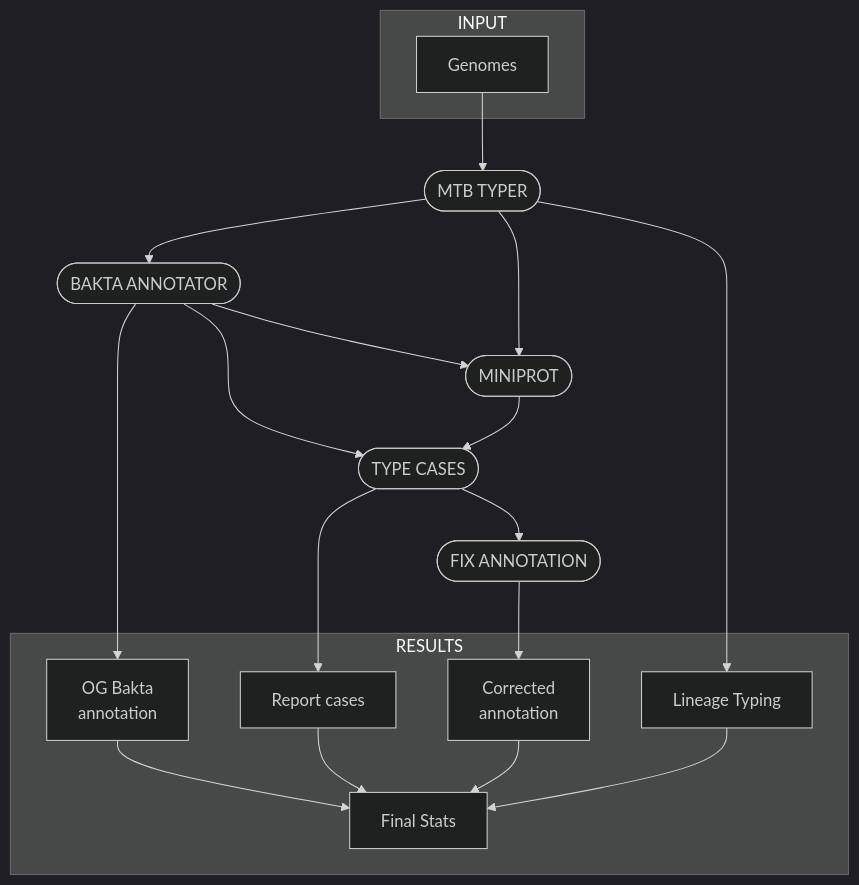
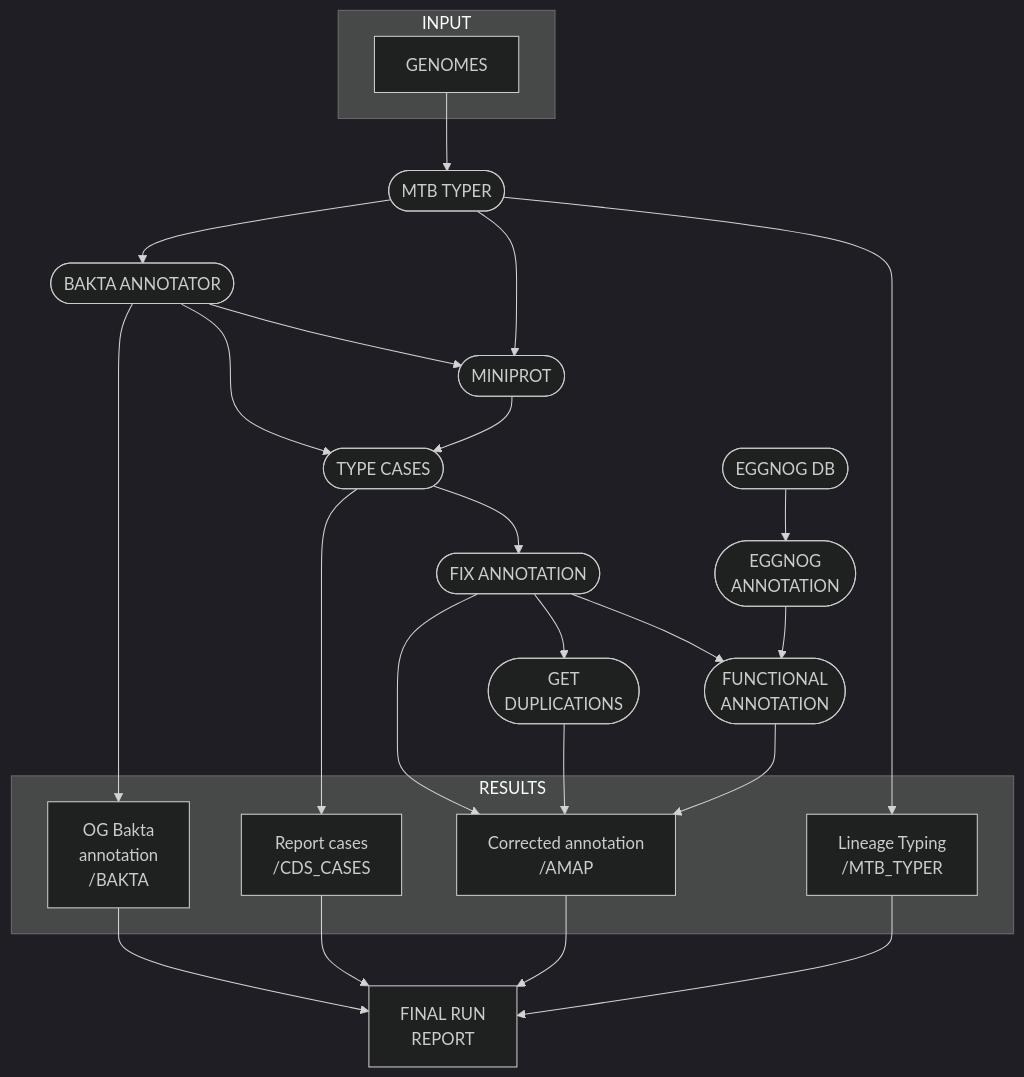
One commit to PathoGenOmics-Lab/AMAP changed the diagram in README.md. Above: the diagram before and after it, drawn with Mermaid.

Commit message:
update workflow

````diff
--- a/README.md
+++ b/README.md
@@ -71,36 +71,54 @@
 ```mermaid
 %%{init: { 'theme': 'dark' } }%%
 flowchart TB
     subgraph "INPUT"
-    v0["Genomes"]
+    v0["GENOMES"]
     end
     v3([MTB TYPER])
     v4([BAKTA ANNOTATOR])
     v6([MINIPROT])
     v8([TYPE CASES])
     v14([FIX ANNOTATION])
+    v20([GET 
+    DUPLICATIONS])
+    v17([EGGNOG DB])
+    v18([EGGNOG 
+    ANNOTATION])
+    v19([FUNCTIONAL
+    ANNOTATION])
+    v16["FINAL RUN 
+    REPORT"]
     subgraph "RESULTS"
     v12["OG Bakta 
-    annotation"]
-    v10["Report cases"]
-    v13["Corrected 
-    annotation"]
-    v15["Lineage Typing"]
-    v16["Final Stats"]
+    annotation 
+    /BAKTA"]
+    v10["Report cases
+    /CDS_CASES"]
+    v13["Corrected annotation
+    /AMAP"]
+    v15["Lineage Typing
+    /MTB_TYPER"]
+    
     end
     v3 --> v4
     v0 --> v3
     v4 --> v12
     v4 --> v6
     v3 --> v6
     v4 --> v8
     v6 --> v8
     v8 --> v10
     v8 --> v14
     v14 --> v13
+    v20 --> v13
+    v19 --> v13
     v3 --> v15
     v12 --> v16
     v10 --> v16
     v13 --> v16
     v15 --> v16
+    v17 --> v18
+    v14 --> v19
+    v18 --> v19
+    v14 --> v20
 ```
````
